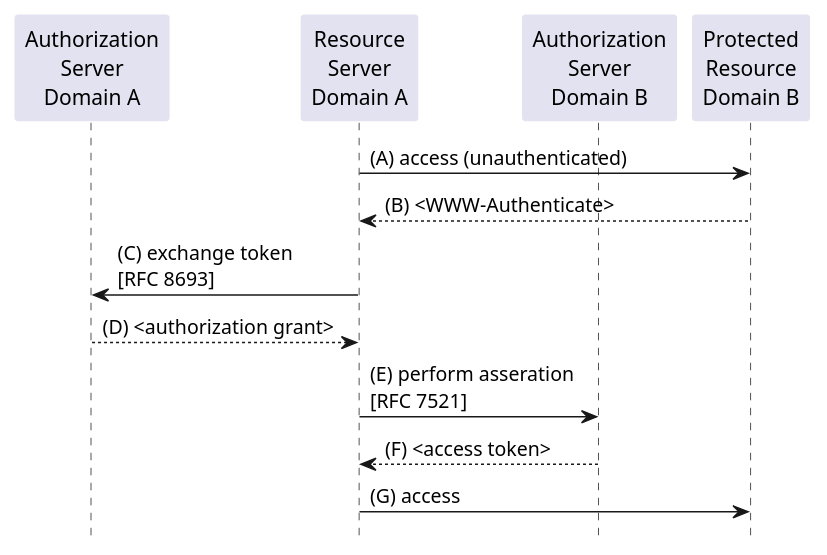
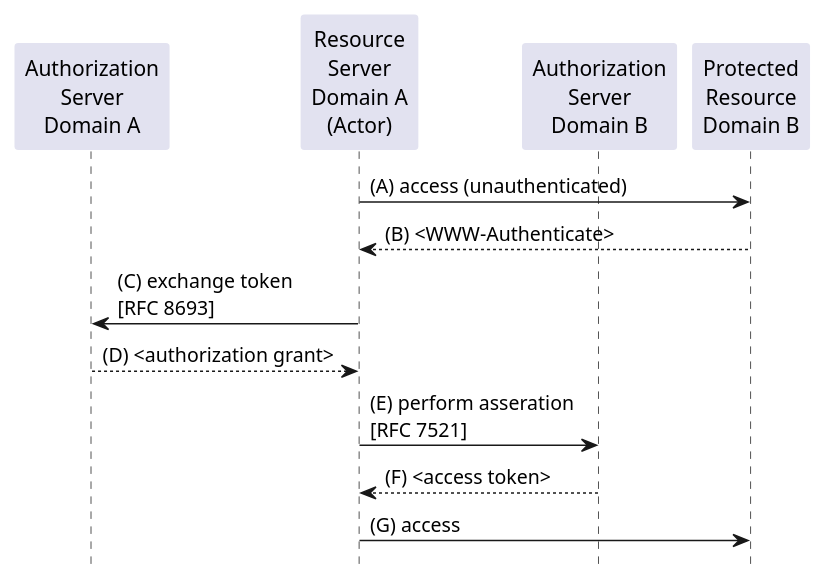
One commit to oauth-wg/oauth-identity-chaining changed the diagram in diagrams/example-rs.puml. Above: the diagram before and after it, drawn with PlantUML. The commit also changed 3 other files, not shown here.

```diff
--- a/diagrams/example-rs.puml
+++ b/diagrams/example-rs.puml
@@ -1,25 +1,25 @@
 @startuml "example-rs"
 hide footbox
 skinparam {
     sequenceParticipantBorderThickness 0
 }
 
 participant ASa as "Authorization\nServer\nDomain A"
-participant client as "Resource\nServer\nDomain A"
+participant client as "Resource\nServer\nDomain A\n(Actor)"
 participant ASb as "Authorization\nServer\nDomain B"
 participant pr as "Protected\nResource\nDomain B"
 
 client -> pr: (A) access (unauthenticated)
 return (B) <WWW-Authenticate>
 
 client -> ASa: (C) exchange token\n[RFC 8693]
 return (D) <authorization grant>
 
 client -> ASb: (E) perform asseration\n[RFC 7521]
 return (F) <access token>
 
 client -> pr: (G) access
 
 
 
 @enduml
```
